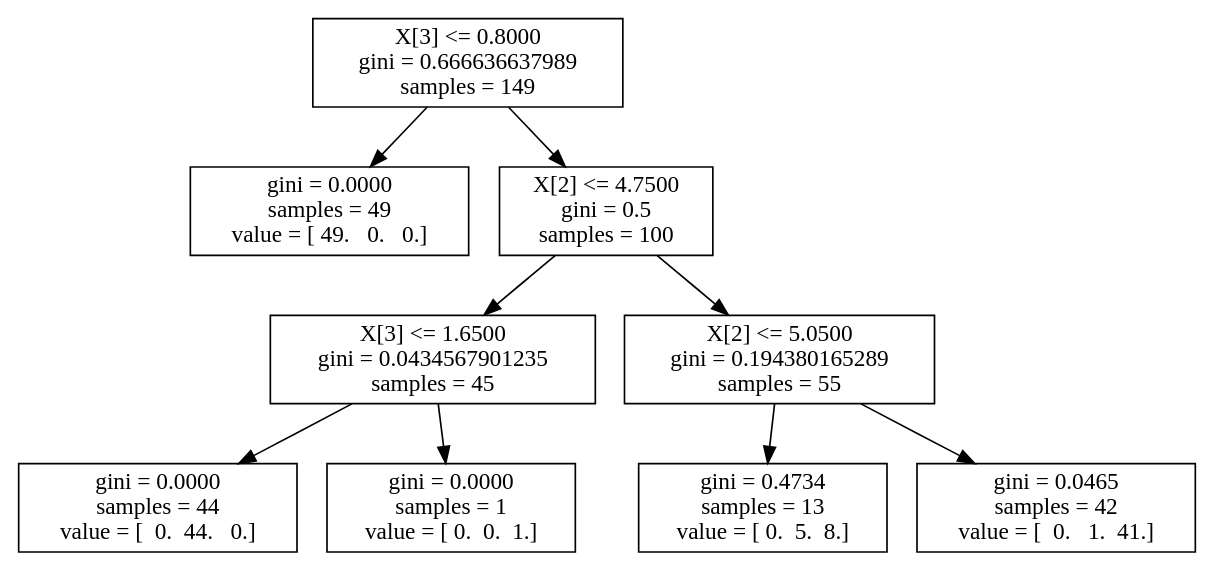
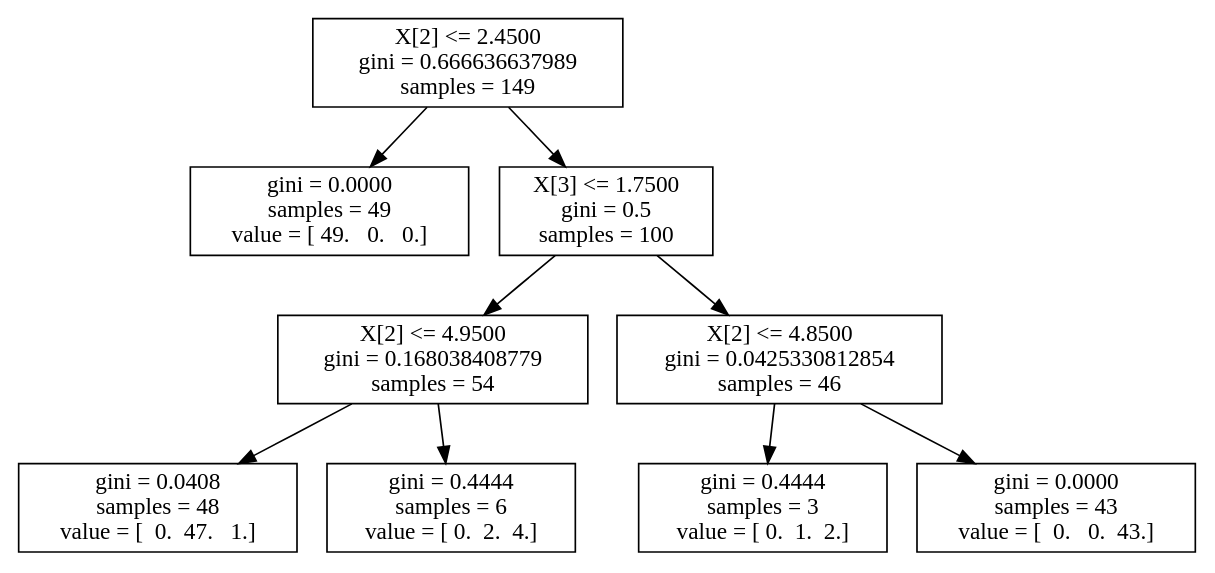
The diagram in example-data-science-notebook/iris_dtc.dot (tangledpuzzle/Feat-Fly-Bark-Production), drawn with Graphviz before and after one commit. The commit also changed 2 other files, not shown here.

```diff
--- a/example-data-science-notebook/iris_dtc.dot
+++ b/example-data-science-notebook/iris_dtc.dot
@@ -1,19 +1,19 @@
 digraph Tree {
-0 [label="X[3] <= 0.8000\ngini = 0.666636637989\nsamples = 149", shape="box"] ;
+0 [label="X[2] <= 2.4500\ngini = 0.666636637989\nsamples = 149", shape="box"] ;
 1 [label="gini = 0.0000\nsamples = 49\nvalue = [ 49.   0.   0.]", shape="box"] ;
 0 -> 1 ;
-2 [label="X[2] <= 4.7500\ngini = 0.5\nsamples = 100", shape="box"] ;
+2 [label="X[3] <= 1.7500\ngini = 0.5\nsamples = 100", shape="box"] ;
 0 -> 2 ;
-3 [label="X[3] <= 1.6500\ngini = 0.0434567901235\nsamples = 45", shape="box"] ;
+3 [label="X[2] <= 4.9500\ngini = 0.168038408779\nsamples = 54", shape="box"] ;
 2 -> 3 ;
-4 [label="gini = 0.0000\nsamples = 44\nvalue = [  0.  44.   0.]", shape="box"] ;
+4 [label="gini = 0.0408\nsamples = 48\nvalue = [  0.  47.   1.]", shape="box"] ;
 3 -> 4 ;
-5 [label="gini = 0.0000\nsamples = 1\nvalue = [ 0.  0.  1.]", shape="box"] ;
+5 [label="gini = 0.4444\nsamples = 6\nvalue = [ 0.  2.  4.]", shape="box"] ;
 3 -> 5 ;
-6 [label="X[2] <= 5.0500\ngini = 0.194380165289\nsamples = 55", shape="box"] ;
+6 [label="X[2] <= 4.8500\ngini = 0.0425330812854\nsamples = 46", shape="box"] ;
 2 -> 6 ;
-7 [label="gini = 0.4734\nsamples = 13\nvalue = [ 0.  5.  8.]", shape="box"] ;
+7 [label="gini = 0.4444\nsamples = 3\nvalue = [ 0.  1.  2.]", shape="box"] ;
 6 -> 7 ;
-8 [label="gini = 0.0465\nsamples = 42\nvalue = [  0.   1.  41.]", shape="box"] ;
+8 [label="gini = 0.0000\nsamples = 43\nvalue = [  0.   0.  43.]", shape="box"] ;
 6 -> 8 ;
 }
```
